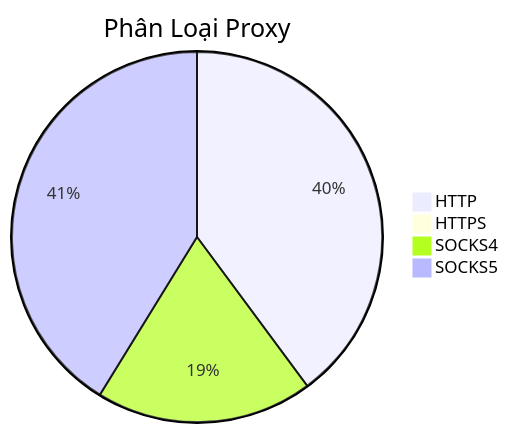
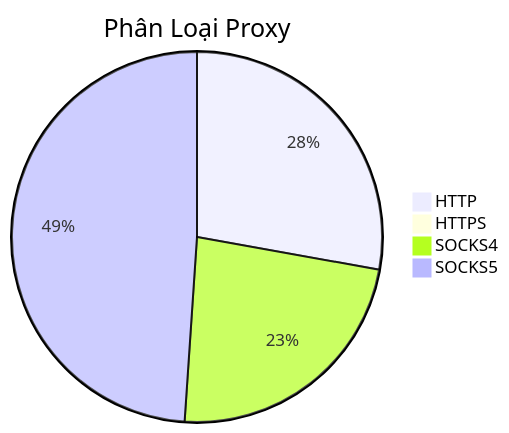
The diagram in README.md (Ciara-Aa/PROXY-free), drawn with Mermaid before and after one commit. The commit also changed other lines of this file and 4 other files, not shown here.

````diff
--- a/README.md
+++ b/README.md
@@ -26,7 +26,7 @@
 ```mermaid
 pie title Phân Loại Proxy
-    "HTTP" : 615
-    "HTTPS" : 6
-    "SOCKS4" : 292
-    "SOCKS5" : 636
+    "HTTP" : 352
+    "HTTPS" : 2
+    "SOCKS4" : 294
+    "SOCKS5" : 619
 ```
````
